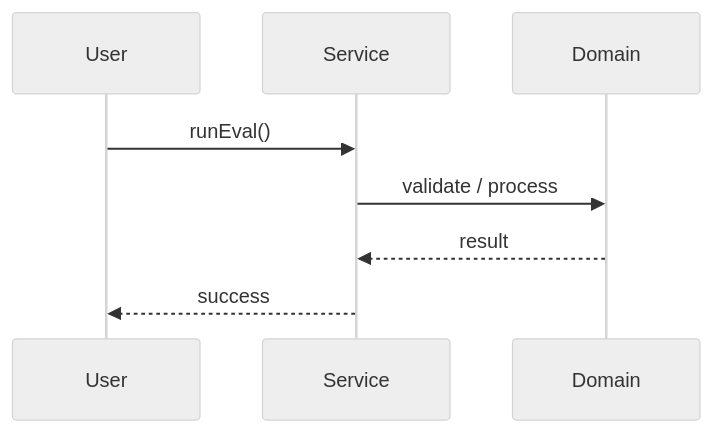
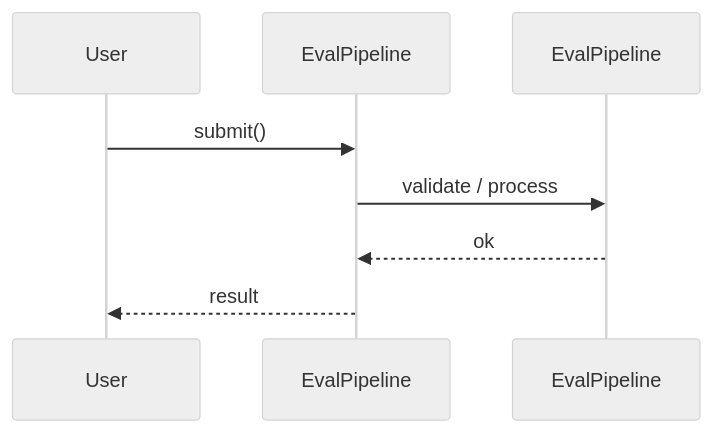
Before and after one commit to madhupaila/Interview-Prep-SSE: the second of 3 diagrams in Learn/System Design - Low Level Design/05-genai-llm-lld/questions/Q07-evaluation-pipeline.md, drawn with Mermaid (neutral theme). The commit also changed other lines of this file and 491 other files, not shown here.

````diff
--- a/Learn/System Design - Low Level Design/05-genai-llm-lld/questions/Q07-evaluation-pipeline.md
+++ b/Learn/System Design - Low Level Design/05-genai-llm-lld/questions/Q07-evaluation-pipeline.md
@@ -122,10 +145,10 @@
 ```mermaid
 sequenceDiagram
-    participant U as User
-    participant S as Service
-    participant D as Domain
-    U->>S: runEval()
-    S->>D: validate / process
-    D-->>S: result
-    S-->>U: success
+participant U as User
+participant S as EvalPipeline
+participant D as EvalPipeline
+U->>S: submit()
+S->>D: validate / process
+D-->>S: ok
+S-->>U: result
 ```
````
